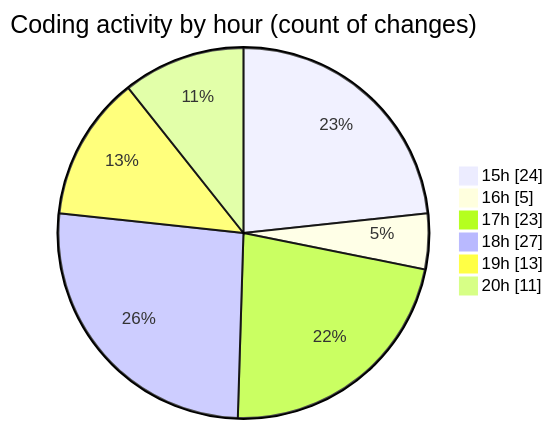
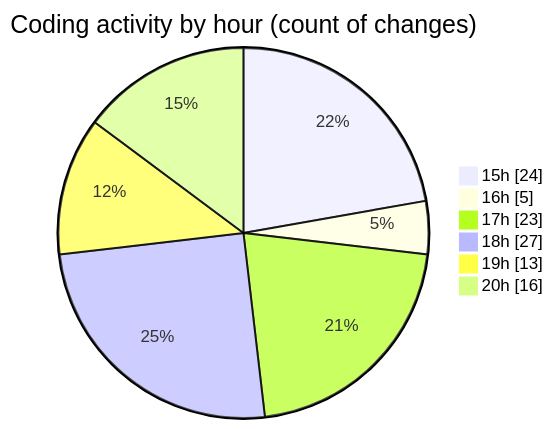
One commit to EIIisD/code-tracking changed the second of 2 diagrams in 2025-08-02/tw-server/README.md. Above: the diagram before and after it, drawn with Mermaid. The commit also changed other lines of this file and 1 other file, not shown here.

````diff
--- a/2025-08-02/tw-server/README.md
+++ b/2025-08-02/tw-server/README.md
@@ -36,10 +36,10 @@
 ```mermaid
 pie showData
 title Coding activity by hour (count of changes)
 "15h" : 24
 "16h" : 5
 "17h" : 23
 "18h" : 27
 "19h" : 13
-"20h" : 11
+"20h" : 16
 ```
````
